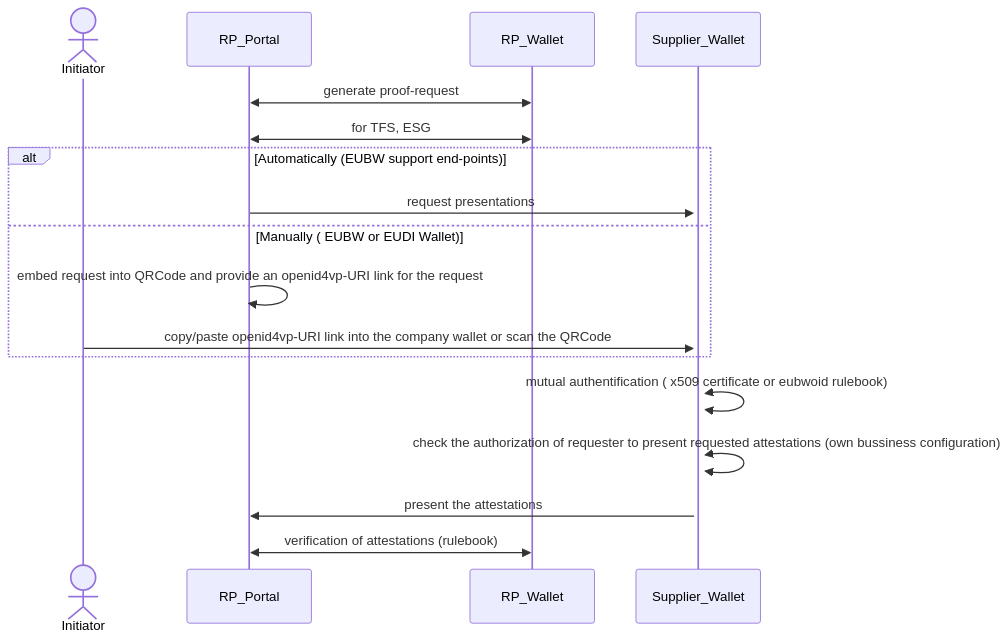
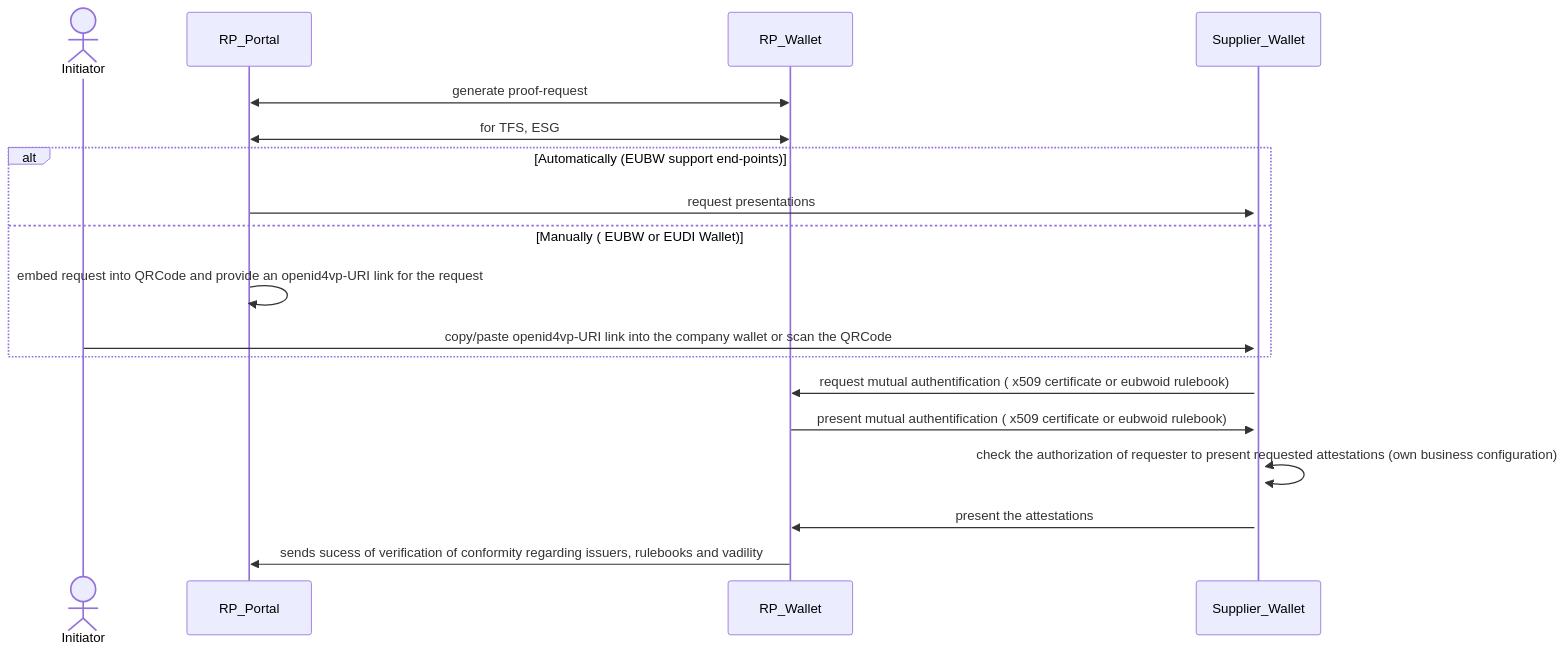
One commit to DominicHurni/wp3-technology-standards changed the eighth of 9 diagrams in BU1/BU1_KYS.md. Above: the diagram before and after it, drawn with Mermaid. The commit also changed other lines of this file, not shown here.

````diff
--- a/BU1/BU1_KYS.md
+++ b/BU1/BU1_KYS.md
@@ -159,16 +168,17 @@
 ```mermaid
 sequenceDiagram
     actor Initiator
     RP_Portal<<->>RP_Wallet: generate proof-request
     RP_Portal<<->>RP_Wallet: for TFS, ESG 
     alt Automatically (EUBW support end-points)
         RP_Portal->>+Supplier_Wallet: request presentations
     else Manually ( EUBW or EUDI Wallet)
         RP_Portal->>RP_Portal: embed request into QRCode and provide an openid4vp-URI link for the request
         Initiator->>+Supplier_Wallet: copy/paste openid4vp-URI link into the company wallet or scan the QRCode
     end                 
-    Supplier_Wallet<<->>Supplier_Wallet: mutual authentification ( x509 certificate or eubwoid rulebook)
-    Supplier_Wallet<<->>Supplier_Wallet: check the authorization of requester to present requested attestations (own bussiness configuration)
-    Supplier_Wallet->>RP_Portal: present the attestations
-    RP_Portal<<->>RP_Wallet: verification of attestations (rulebook)
+    Supplier_Wallet->>RP_Wallet: request mutual authentification ( x509 certificate or eubwoid rulebook)
+    RP_Wallet->>Supplier_Wallet: present mutual authentification ( x509 certificate or eubwoid rulebook)
+    Supplier_Wallet<<->>Supplier_Wallet: check the authorization of requester to present requested attestations (own business configuration)
+    Supplier_Wallet->>RP_Wallet: present the attestations
+    RP_Wallet->>RP_Portal: sends sucess of verification of conformity regarding issuers, rulebooks and vadility 
 ```
````
